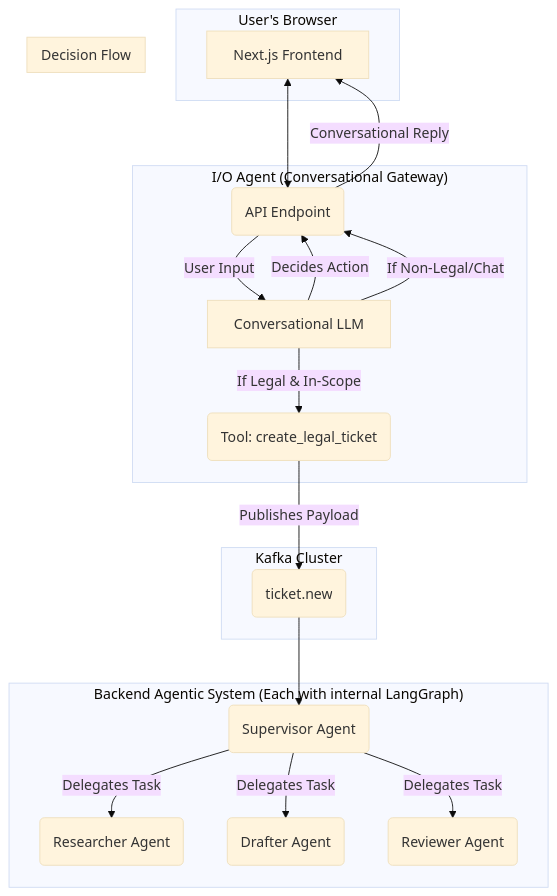
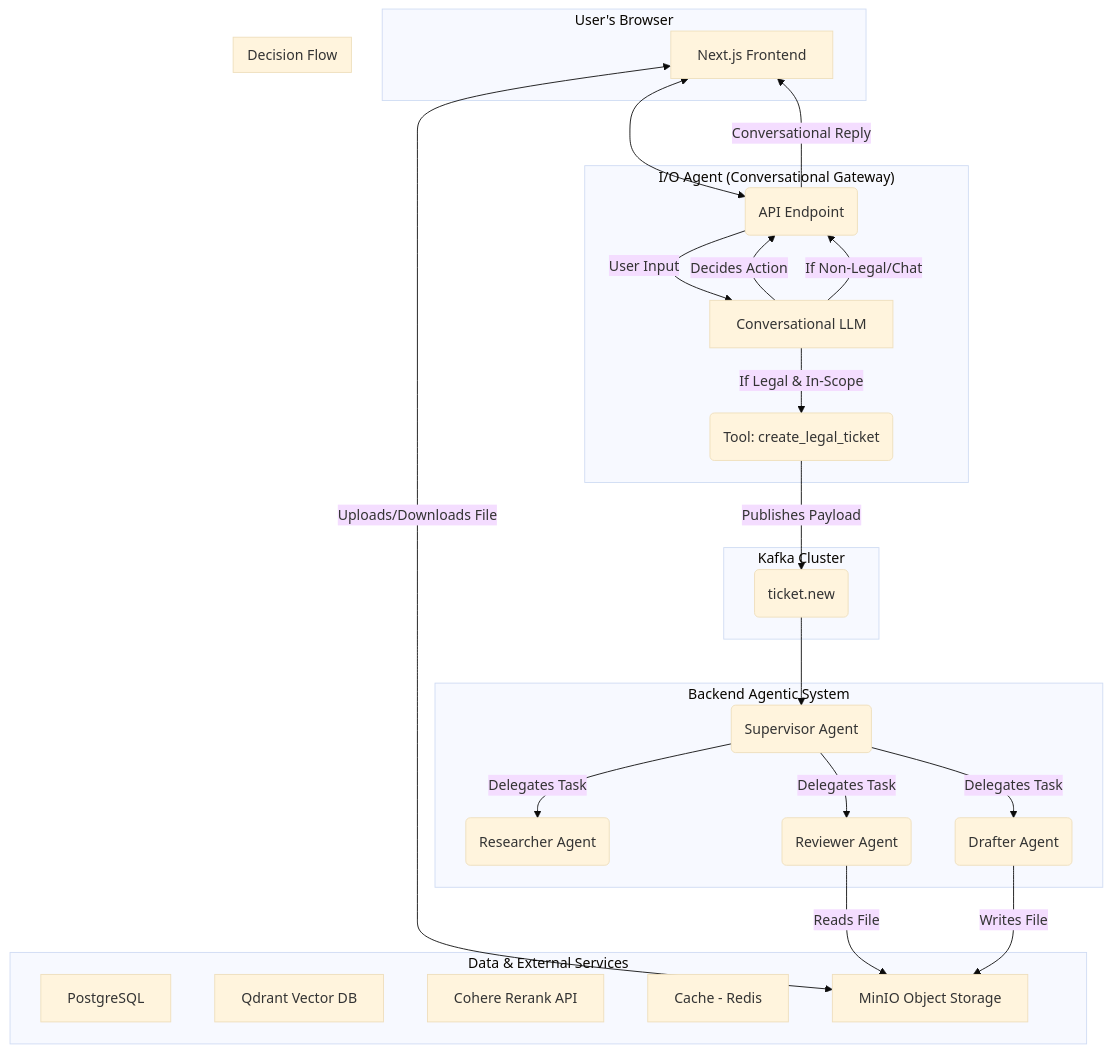
The first of 4 diagrams in README.md (RandyGunz21/themisai), drawn with Mermaid (base theme) before and after one commit. The commit also changed other lines of this file, not shown here.

Commit message:
Updated README file by adding MinIO as database to save uploaded and drafted documents

````diff
--- a/README.md
+++ b/README.md
@@ -120,40 +120,50 @@
 ```mermaid
 graph TD
     subgraph "User's Browser"
         A[Next.js Frontend]
     end
 
     subgraph "I/O Agent (Conversational Gateway)"
         B(API Endpoint)
         LLM_IO[Conversational LLM]
         Tool(Tool: create_legal_ticket)
     end
 
     subgraph "Kafka Cluster"
         K1(ticket.new)
     end
 
-    subgraph "Backend Agentic System (Each with internal LangGraph)"
+    subgraph "Backend Agentic System"
         D(Supervisor Agent)
         E(Researcher Agent)
         F(Drafter Agent)
         G(Reviewer Agent)
+    end
+
+    subgraph "Data & External Services"
+        H[PostgreSQL]
+        I[Qdrant Vector DB]
+        J[Cohere Rerank API]
+        L[Cache - Redis]
+        M[MinIO Object Storage]
     end
 
     A <--> B
     B -- "User Input" --> LLM_IO
     LLM_IO -- "Decides Action" --> B
     
     subgraph "Decision Flow"
         direction LR
         LLM_IO -- "If Legal & In-Scope" --> Tool
         LLM_IO -- "If Non-Legal/Chat" --> B
     end
 
     Tool -- "Publishes Payload" --> K1
     B -- "Conversational Reply" --> A
     K1 --> D
-    D -- "Delegates Task" --> E
-    D -- "Delegates Task" --> F
-    D -- "Delegates Task" --> G
+    D -- "Delegates Task" --> E & F & G
+
+    A -- "Uploads/Downloads File" <--> M
+    G -- "Reads File" --> M
+    F -- "Writes File" --> M
 ```
````
